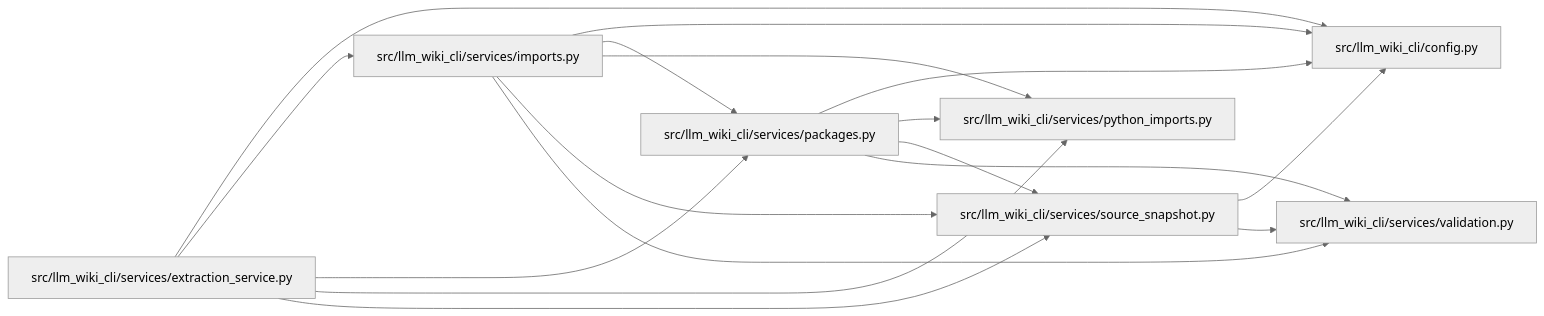
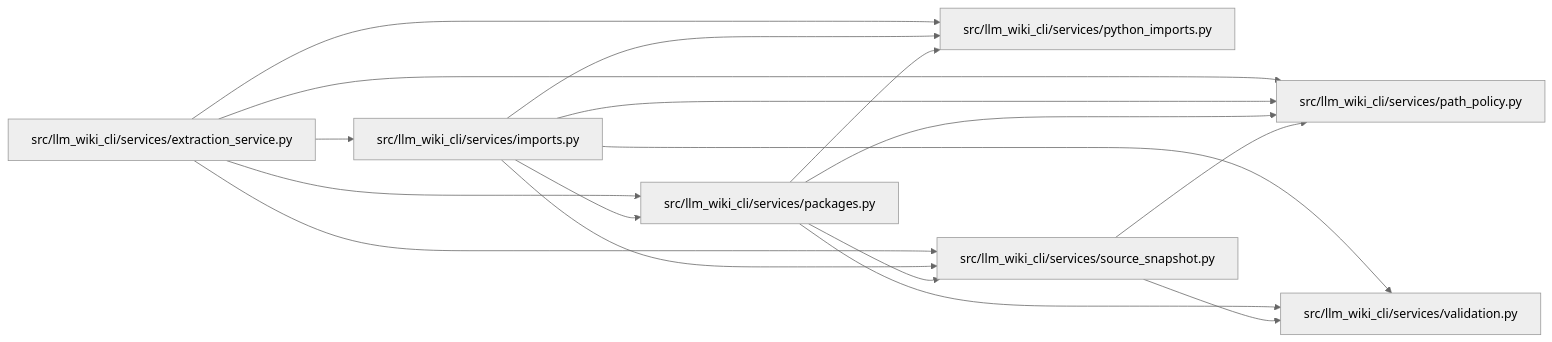
The diagram in docs/llm_wiki/modules/packages.md (Denissvgn/python-wiki-llm), drawn with Mermaid (neutral theme) before and after one commit. The commit also changed other lines of this file and 1555 other files, not shown here.

````diff
--- a/docs/llm_wiki/modules/packages.md
+++ b/docs/llm_wiki/modules/packages.md
@@ -34,33 +34,33 @@
 ```mermaid
 flowchart LR
-    n0["src/llm_wiki_cli/config.py"]
-    n1["src/llm_wiki_cli/services/extraction_service.py"]
-    n2["src/llm_wiki_cli/services/imports.py"]
-    n3["src/llm_wiki_cli/services/packages.py"]
+    n0["src/llm_wiki_cli/services/extraction_service.py"]
+    n1["src/llm_wiki_cli/services/imports.py"]
+    n2["src/llm_wiki_cli/services/packages.py"]
+    n3["src/llm_wiki_cli/services/path_policy.py"]
     n4["src/llm_wiki_cli/services/python_imports.py"]
     n5["src/llm_wiki_cli/services/source_snapshot.py"]
     n6["src/llm_wiki_cli/services/validation.py"]
-    n1 --> n0
+    n0 --> n1
+    n0 --> n2
+    n0 --> n3
+    n0 --> n4
+    n0 --> n5
     n1 --> n2
     n1 --> n3
     n1 --> n4
     n1 --> n5
-    n2 --> n0
+    n1 --> n6
     n2 --> n3
     n2 --> n4
     n2 --> n5
     n2 --> n6
-    n3 --> n0
-    n3 --> n4
-    n3 --> n5
-    n3 --> n6
-    n5 --> n0
+    n5 --> n3
     n5 --> n6
-    click n0 "../modules/config.md"
-    click n1 "../modules/extraction_service.md"
-    click n2 "../modules/imports.md"
-    click n3 "../modules/packages.md"
+    click n0 "../modules/extraction_service.md"
+    click n1 "../modules/imports.md"
+    click n2 "../modules/packages.md"
+    click n3 "../modules/path_policy.md"
     click n4 "../modules/python_imports.md"
     click n5 "../modules/source_snapshot.md"
     click n6 "../modules/validation.md"
 ```
````
